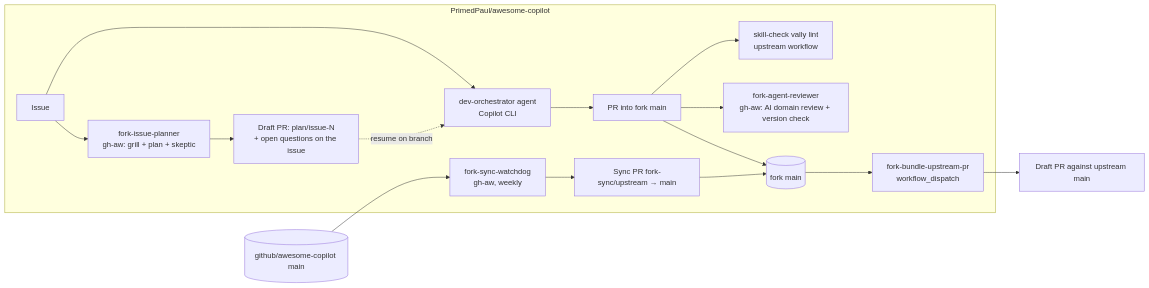
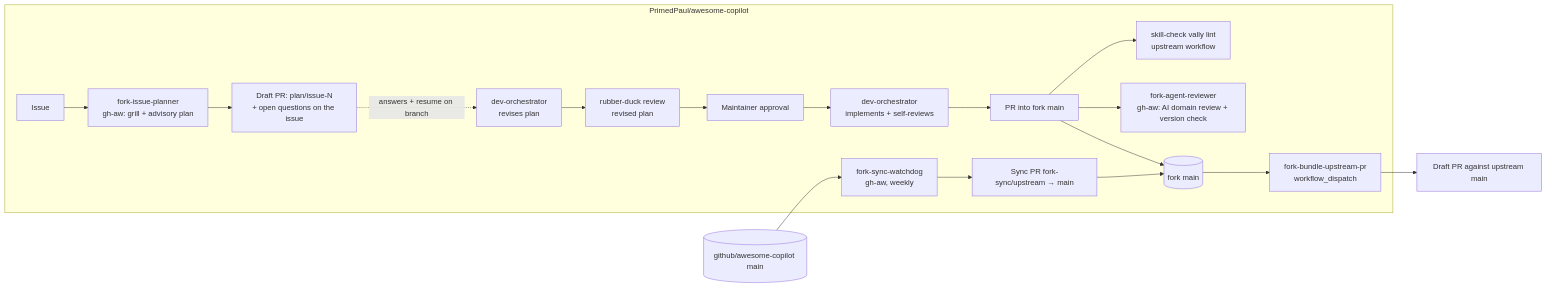
The diagram in .github/fork-only/README.md (github/awesome-copilot), drawn with Mermaid before and after one commit. The commit also changed other lines of this file and 5 other files, not shown here.

Commit message:
Replace mandatory plan skeptic with rubber-duck review

````diff
--- a/.github/fork-only/README.md
+++ b/.github/fork-only/README.md
@@ -13,18 +13,20 @@
 ```mermaid
 flowchart LR
   subgraph fork [PrimedPaul/awesome-copilot]
-    issue[Issue] --> planner[fork-issue-planner<br/>gh-aw: grill + plan + skeptic]
+    issue[Issue] --> planner[fork-issue-planner<br/>gh-aw: grill + advisory plan]
     planner --> planpr[Draft PR: plan/issue-N<br/>+ open questions on the issue]
-    issue --> orch[dev-orchestrator agent<br/>Copilot CLI]
-    planpr -.resume on branch.-> orch
-    orch --> pr[PR into fork main]
+    planpr -.answers + resume on branch.-> orch[dev-orchestrator<br/>revises plan]
+    orch --> duck[rubber-duck review<br/>revised plan]
+    duck --> approval[Maintainer approval]
+    approval --> impl[dev-orchestrator<br/>implements + self-reviews]
+    impl --> pr[PR into fork main]
     pr --> vally[skill-check vally lint<br/>upstream workflow]
     pr --> rev[fork-agent-reviewer<br/>gh-aw: AI domain review + version check]
     pr --> main[(fork main)]
     wd[fork-sync-watchdog<br/>gh-aw, weekly] --> syncpr[Sync PR fork-sync/upstream → main]
     syncpr --> main
     main --> bundle[fork-bundle-upstream-pr<br/>workflow_dispatch]
   end
   upstream[(github/awesome-copilot main)] --> wd
   bundle --> uppr[Draft PR against upstream main]
 ```
````
